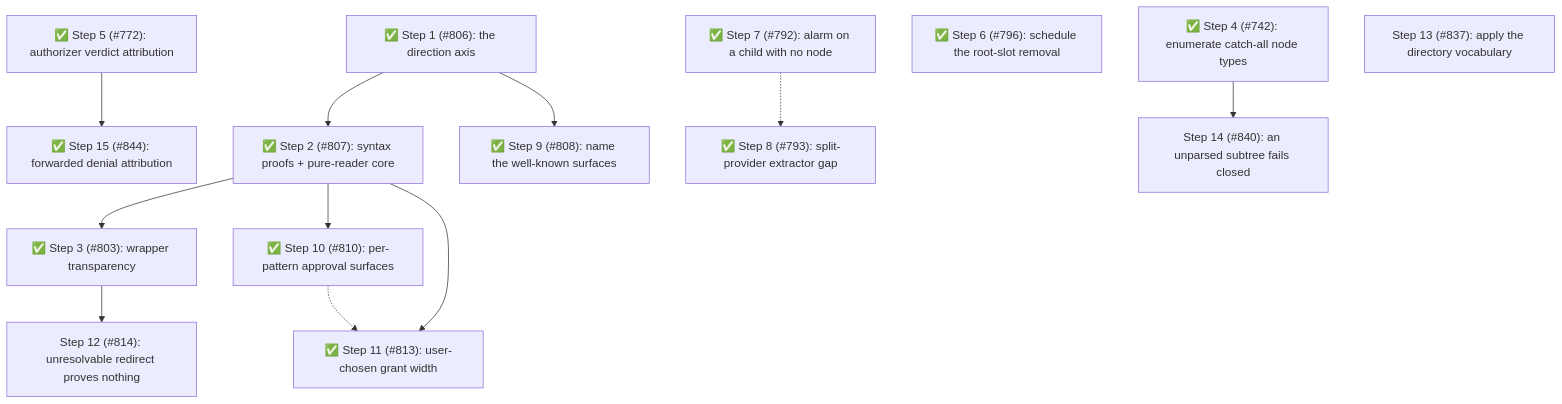
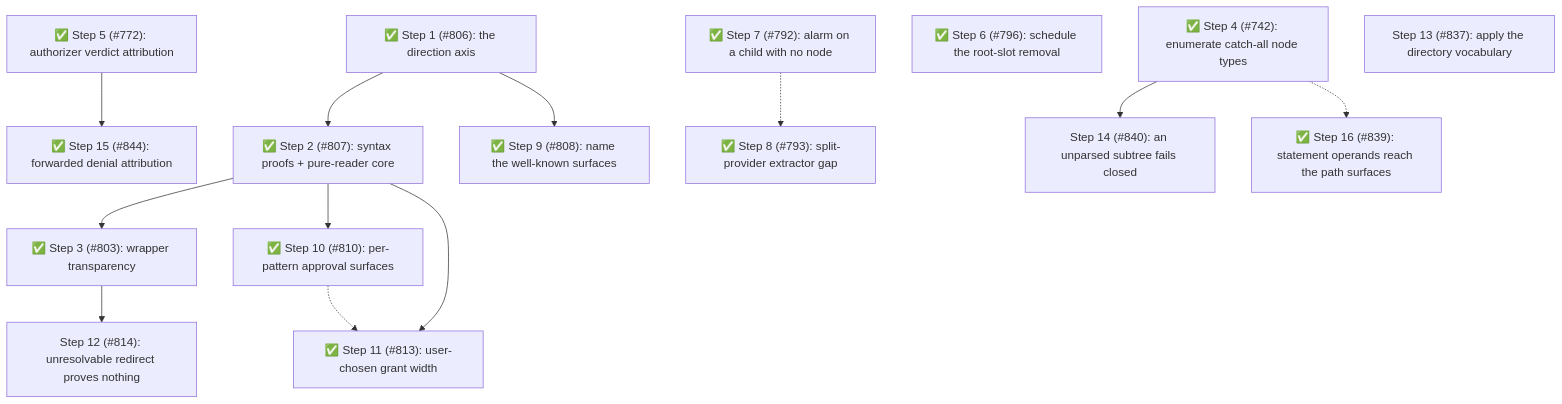
The fourth of 4 diagrams in packages/pi-permission-system/docs/architecture/architecture.md (gotgenes/pi-packages), drawn with Mermaid before and after one commit. The commit also changed other lines of this file and 1 other file, not shown here.

First line of the commit message:
docs(pi-permission-system): mark Phase 14 Step 16 complete

````diff
--- a/packages/pi-permission-system/docs/architecture/architecture.md
+++ b/packages/pi-permission-system/docs/architecture/architecture.md
@@ -1506,21 +1544,22 @@
 ```mermaid
 flowchart TD
     S1["✅ Step 1 (#806): the direction axis"] --> S2["✅ Step 2 (#807): syntax proofs + pure-reader core"]
     S2 --> S3["✅ Step 3 (#803): wrapper transparency"]
     S4["✅ Step 4 (#742): enumerate catch-all node types"]
     S5["✅ Step 5 (#772): authorizer verdict attribution"] --> S15["✅ Step 15 (#844): forwarded denial attribution"]
     S6["✅ Step 6 (#796): schedule the root-slot removal"]
     S7["✅ Step 7 (#792): alarm on a child with no node"]
     S8["✅ Step 8 (#793): split-provider extractor gap"]
     S9["✅ Step 9 (#808): name the well-known surfaces"]
     S10["✅ Step 10 (#810): per-pattern approval surfaces"]
     S11["✅ Step 11 (#813): user-chosen grant width"]
     S3 --> S12["Step 12 (#814): unresolvable redirect proves nothing"]
     S13["Step 13 (#837): apply the directory vocabulary"]
     S4 --> S14["Step 14 (#840): an unparsed subtree fails closed"]
+    S4 -.-> S16["✅ Step 16 (#839): statement operands reach the path surfaces"]
     S7 -.-> S8
     S1 --> S9
     S2 --> S10
     S2 --> S11
     S10 -.-> S11
 ```
````
